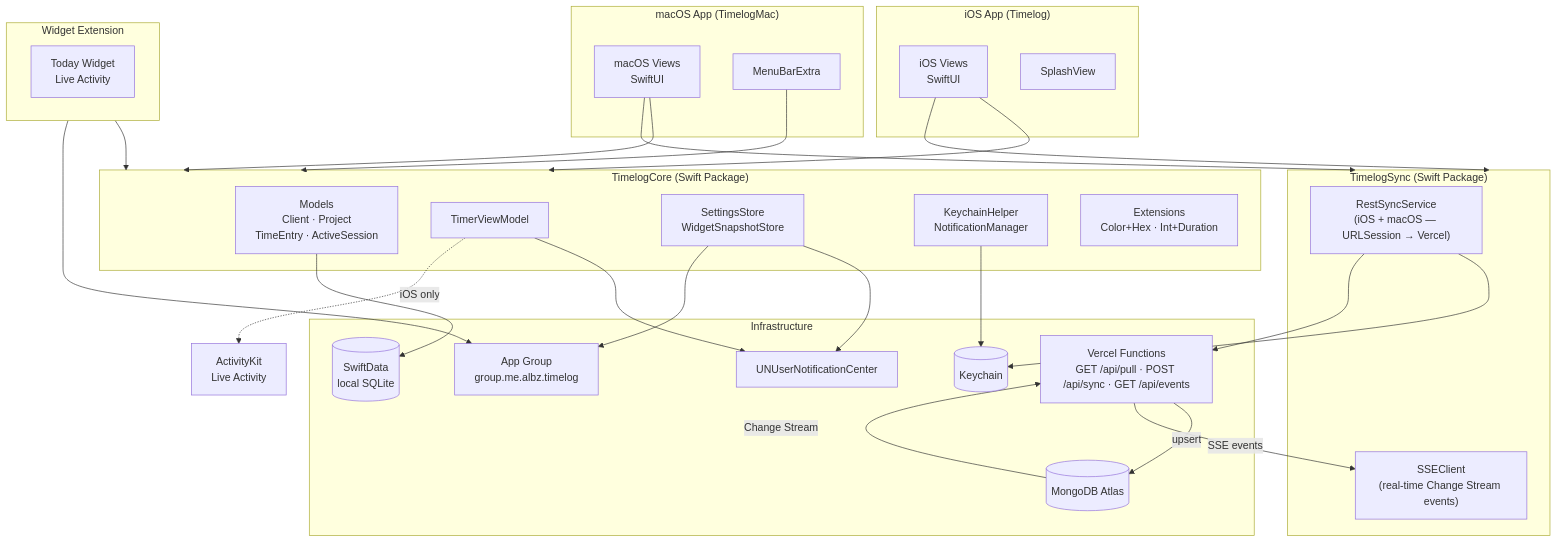
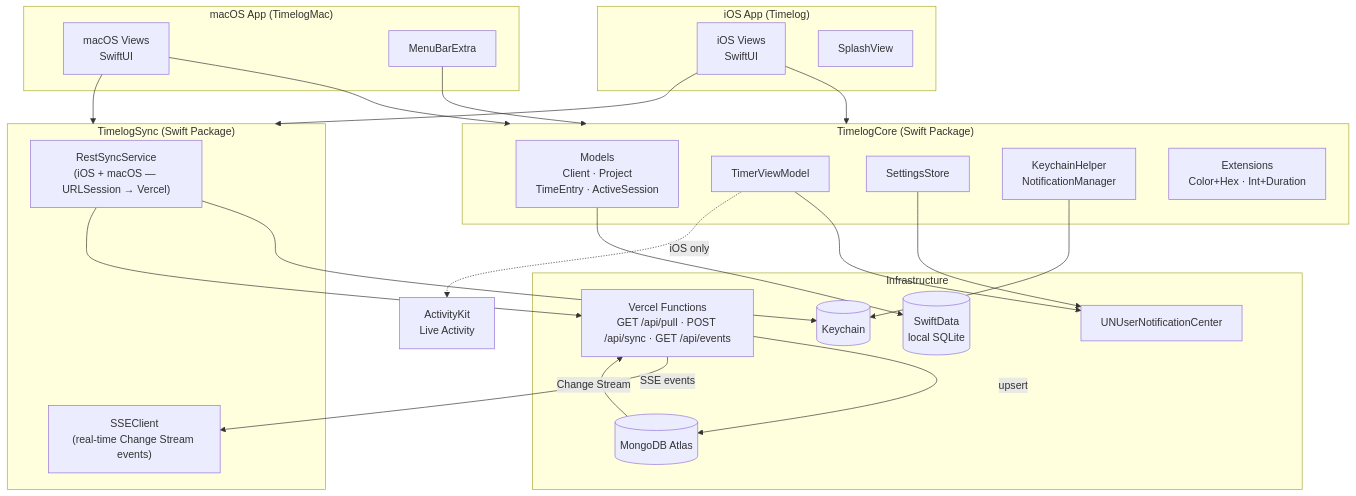
Before and after one commit to albertobarrago/timelog: the first of 2 diagrams in docs/01-architecture.md, drawn with Mermaid. The commit also changed other lines of this file and 4 other files, not shown here.

````diff
--- a/docs/01-architecture.md
+++ b/docs/01-architecture.md
@@ -28,59 +27,51 @@
 ```mermaid
 graph TD
     subgraph iOS["iOS App (Timelog)"]
         iViews["iOS Views\nSwiftUI"]
         iSplash["SplashView"]
     end
 
     subgraph macOS["macOS App (TimelogMac)"]
         mViews["macOS Views\nSwiftUI"]
         mMenu["MenuBarExtra"]
     end
 
-    subgraph Widget["Widget Extension"]
-        wWidget["Today Widget\nLive Activity"]
-    end
-
     subgraph Core["TimelogCore (Swift Package)"]
         Models["Models\nClient · Project\nTimeEntry · ActiveSession"]
         VM["TimerViewModel"]
-        Store["SettingsStore\nWidgetSnapshotStore"]
+        Store["SettingsStore"]
         Helpers["KeychainHelper\nNotificationManager"]
         Ext["Extensions\nColor+Hex · Int+Duration"]
     end
 
     subgraph Sync["TimelogSync (Swift Package)"]
         RestSvc["RestSyncService\n(iOS + macOS — URLSession → Vercel)"]
         SSESvc["SSEClient\n(real-time Change Stream events)"]
     end
 
     subgraph Infra["Infrastructure"]
         SD[("SwiftData\nlocal SQLite")]
         KCH[("Keychain")]
         UNS["UNUserNotificationCenter"]
         MDB[("MongoDB Atlas")]
         VCL["Vercel Functions\nGET /api/pull · POST /api/sync · GET /api/events"]
-        AG["App Group\ngroup.me.albz.timelog"]
     end
 
     iViews --> Core
     iViews --> Sync
     mViews --> Core
     mViews --> Sync
     mMenu --> Core
-    Widget --> Core
 
     VM --> UNS
     VM -.->|"iOS only"| LiveActivity["ActivityKit\nLive Activity"]
     Store --> UNS
     Helpers --> KCH
     Models --> SD
-    Store --> AG
-    Widget --> AG
 
     RestSvc --> KCH
     RestSvc --> VCL
     VCL -->|"upsert"| MDB
     VCL -->|"SSE events"| SSESvc
     MDB -->|"Change Stream"| VCL
 ```
````
